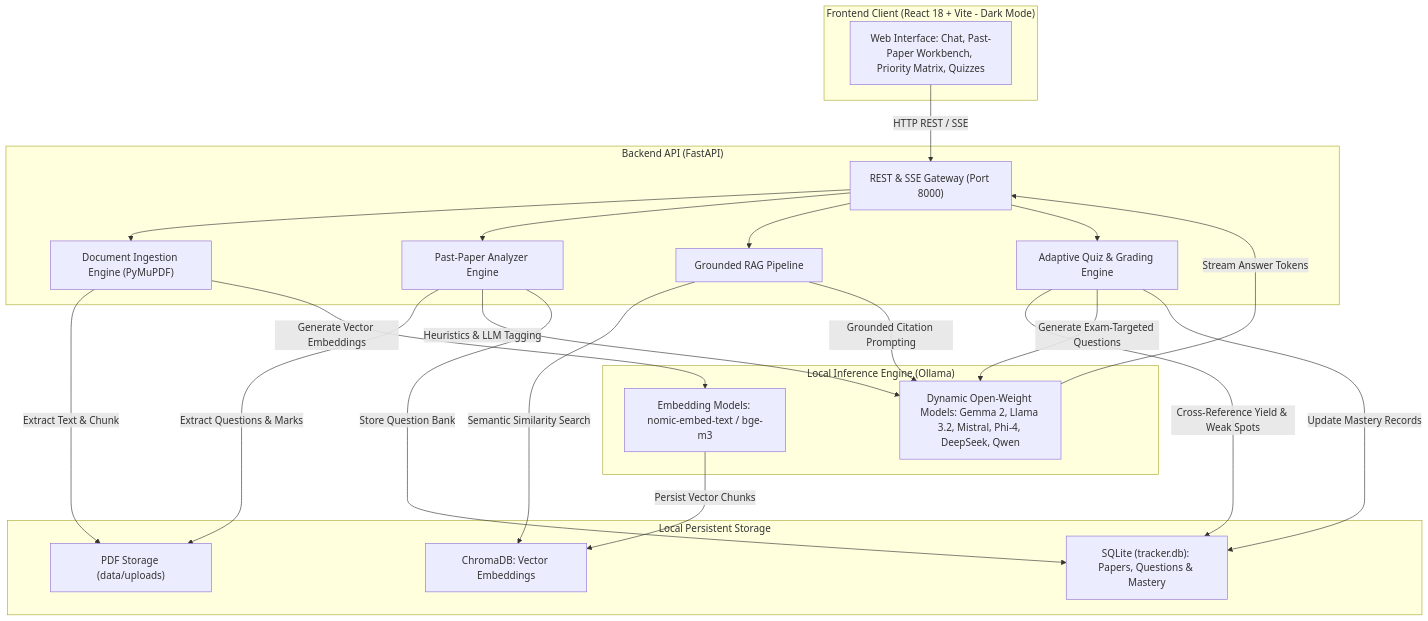
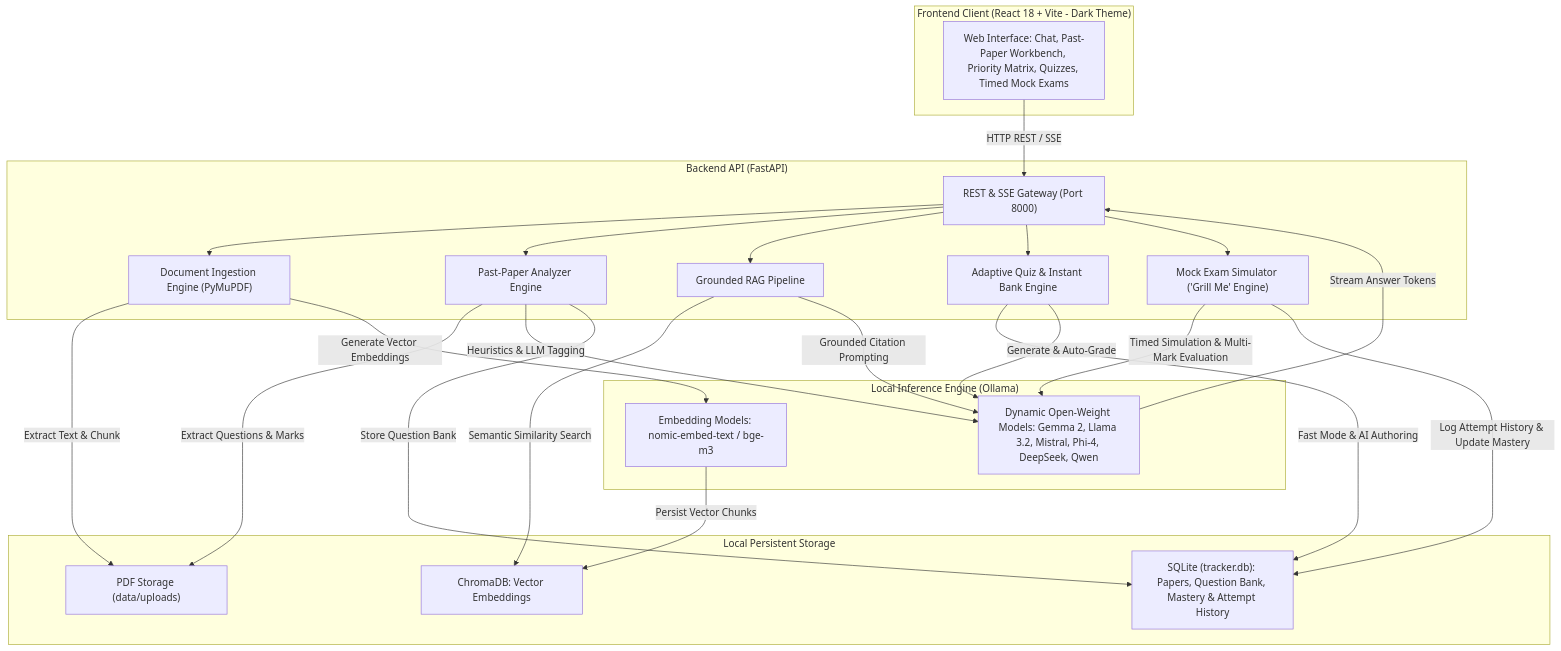
The diagram in README.md (dev-Aarish/gist), drawn with Mermaid before and after one commit. The commit also changed other lines of this file and 5 other files, not shown here.

````diff
--- a/README.md
+++ b/README.md
@@ -9,47 +9,51 @@
 ```mermaid
 graph TD
-    subgraph UserInterface ["Frontend Client (React 18 + Vite - Dark Mode)"]
-        UI["Web Interface: Chat, Past-Paper Workbench, Priority Matrix, Quizzes"]
+    subgraph UserInterface ["Frontend Client (React 18 + Vite - Dark Theme)"]
+        UI["Web Interface: Chat, Past-Paper Workbench, Priority Matrix, Quizzes, Timed Mock Exams"]
     end
 
     subgraph BackendGateway ["Backend API (FastAPI)"]
         API["REST & SSE Gateway (Port 8000)"]
         Ingest["Document Ingestion Engine (PyMuPDF)"]
         Analyzer["Past-Paper Analyzer Engine"]
         RAG["Grounded RAG Pipeline"]
-        Quiz["Adaptive Quiz & Grading Engine"]
+        Quiz["Adaptive Quiz & Instant Bank Engine"]
+        Exam["Mock Exam Simulator ('Grill Me' Engine)"]
     end
 
     subgraph StorageLayer ["Local Persistent Storage"]
         Chroma["ChromaDB: Vector Embeddings"]
-        SQLite["SQLite (tracker.db): Papers, Questions & Mastery"]
+        SQLite["SQLite (tracker.db): Papers, Question Bank, Mastery & Attempt History"]
         Uploads["PDF Storage (data/uploads)"]
     end
 
     subgraph LocalLLM ["Local Inference Engine (Ollama)"]
         EmbedModel["Embedding Models: nomic-embed-text / bge-m3"]
         ChatModel["Dynamic Open-Weight Models: Gemma 2, Llama 3.2, Mistral, Phi-4, DeepSeek, Qwen"]
     end
 
     UI -->|"HTTP REST / SSE"| API
     API --> Ingest
     API --> Analyzer
     API --> RAG
     API --> Quiz
+    API --> Exam
 
     Ingest -->|"Extract Text & Chunk"| Uploads
     Ingest -->|"Generate Vector Embeddings"| EmbedModel
     EmbedModel -->|"Persist Vector Chunks"| Chroma
 
     Analyzer -->|"Extract Questions & Marks"| Uploads
     Analyzer -->|"Heuristics & LLM Tagging"| ChatModel
     Analyzer -->|"Store Question Bank"| SQLite
 
     RAG -->|"Semantic Similarity Search"| Chroma
     RAG -->|"Grounded Citation Prompting"| ChatModel
     ChatModel -->|"Stream Answer Tokens"| API
 
-    Quiz -->|"Cross-Reference Yield & Weak Spots"| SQLite
-    Quiz -->|"Generate Exam-Targeted Questions"| ChatModel
-    Quiz -->|"Update Mastery Records"| SQLite
+    Quiz -->|"Fast Mode & AI Authoring"| SQLite
+    Quiz -->|"Generate & Auto-Grade"| ChatModel
+
+    Exam -->|"Timed Simulation & Multi-Mark Evaluation"| ChatModel
+    Exam -->|"Log Attempt History & Update Mastery"| SQLite
 ```
````
